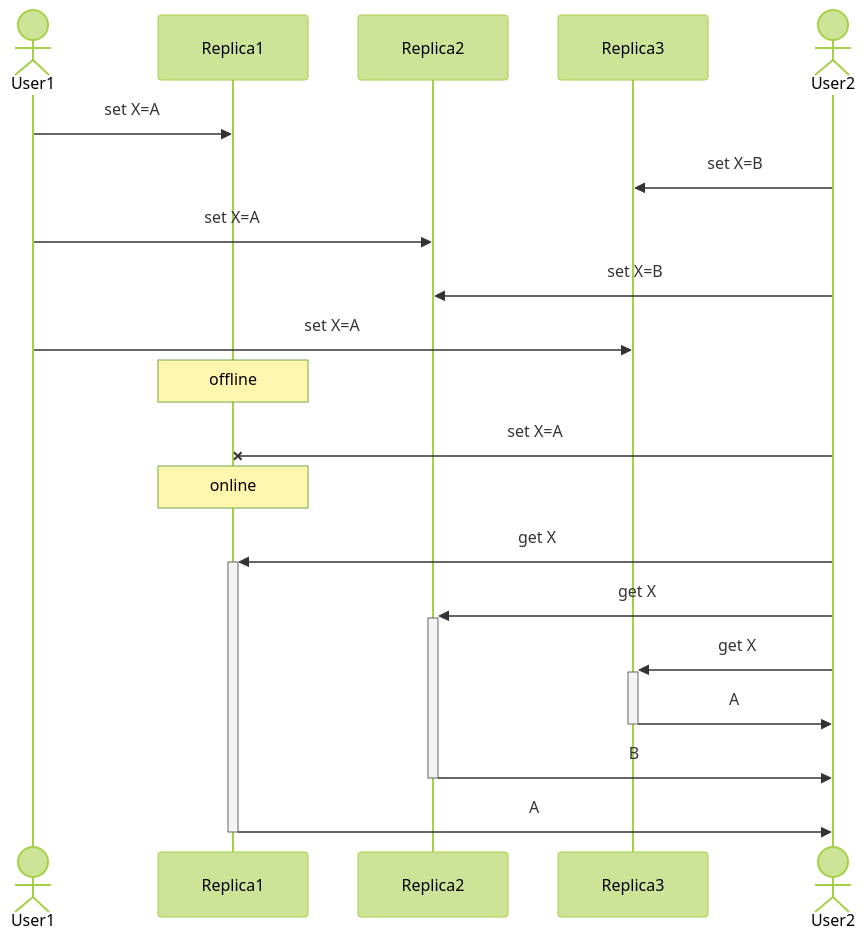
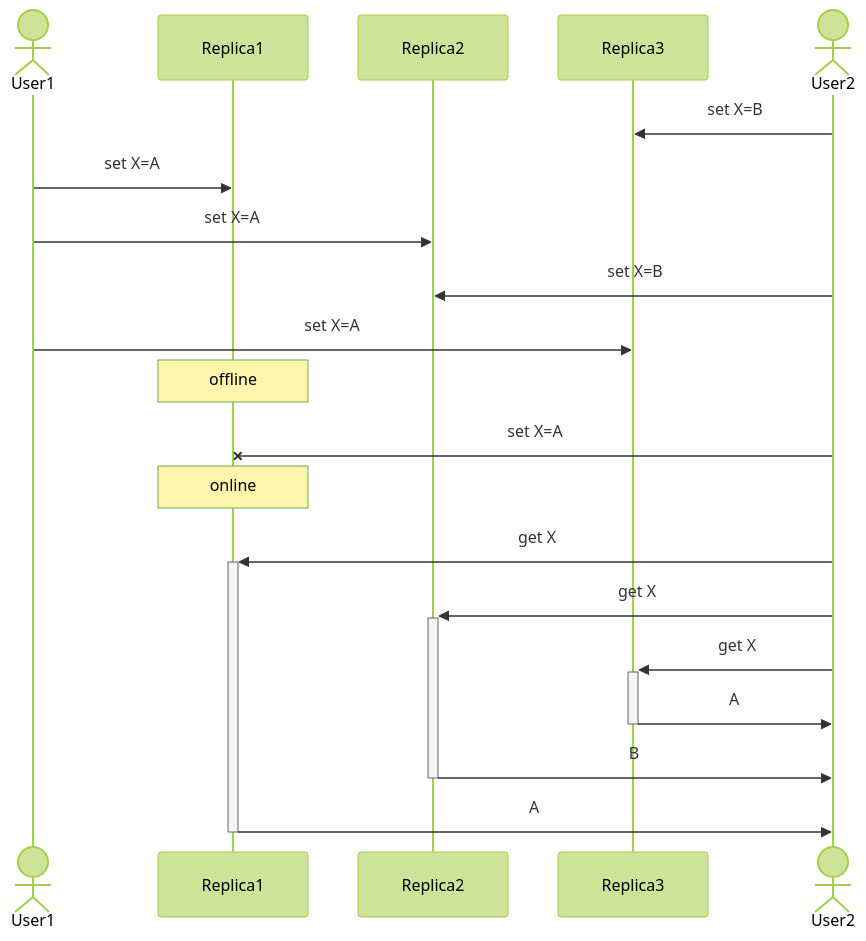
The fifth of 5 diagrams in designing-data-intensive-applications/part2.md (kyungrae/study), drawn with Mermaid (forest theme) before and after one commit. The commit also changed other lines of this file, not shown here.

````diff
--- a/designing-data-intensive-applications/part2.md
+++ b/designing-data-intensive-applications/part2.md
@@ -295,24 +291,24 @@
 ```mermaid
 sequenceDiagram
   actor User1
   participant Replica1
   participant Replica2
   participant Replica3
   actor User2
 
+  User2->>Replica3: set X=B
   User1->>Replica1: set X=A
-  User2->>Replica3: set X=B
   User1->>Replica2: set X=A
   User2->>Replica2: set X=B
   User1->>Replica3: set X=A
   note over Replica1: offline
   User2-xReplica1: set X=A
   note over Replica1: online
 
   User2->>+Replica1: get X
   User2->>+Replica2: get X
   User2->>+Replica3: get X
   Replica3->>-User2: A
   Replica2->>-User2: B
   Replica1->>-User2: A
 ```
````
